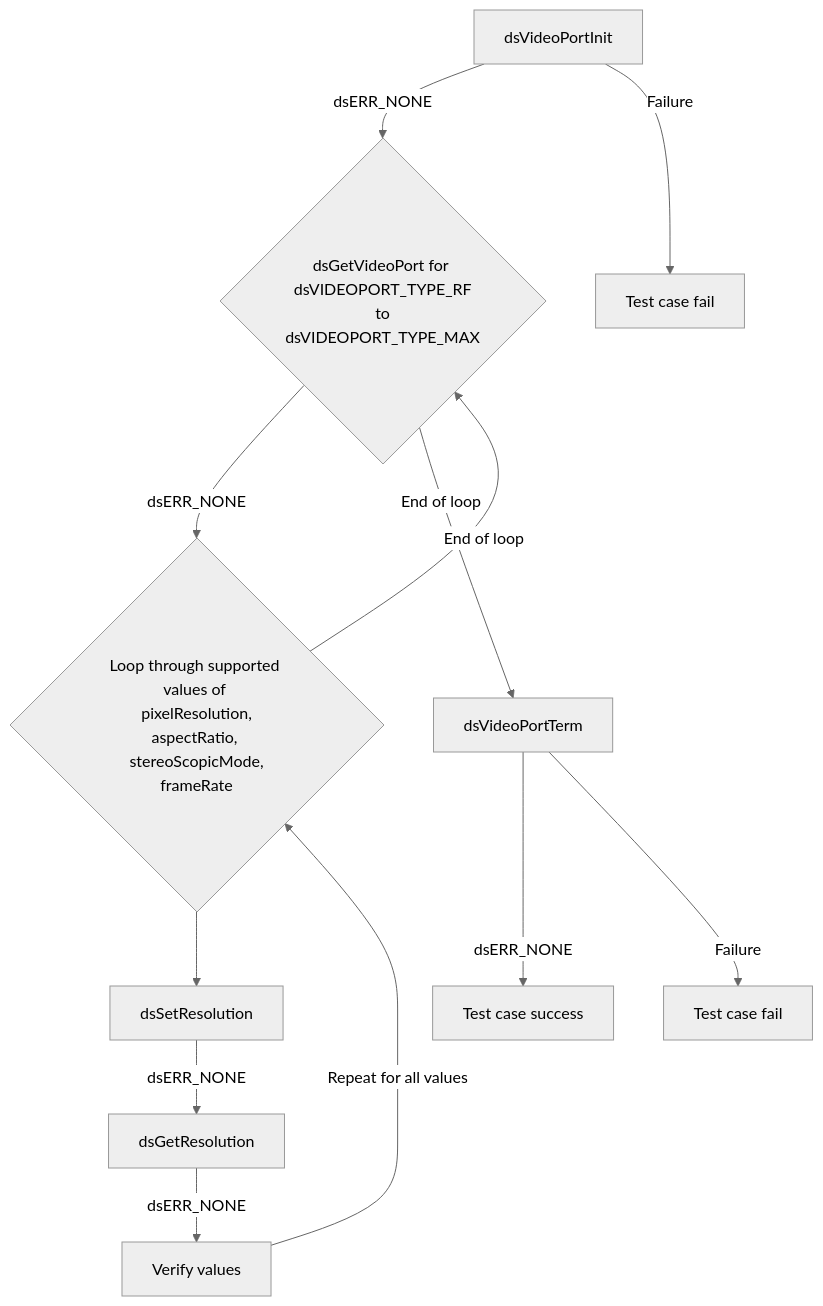
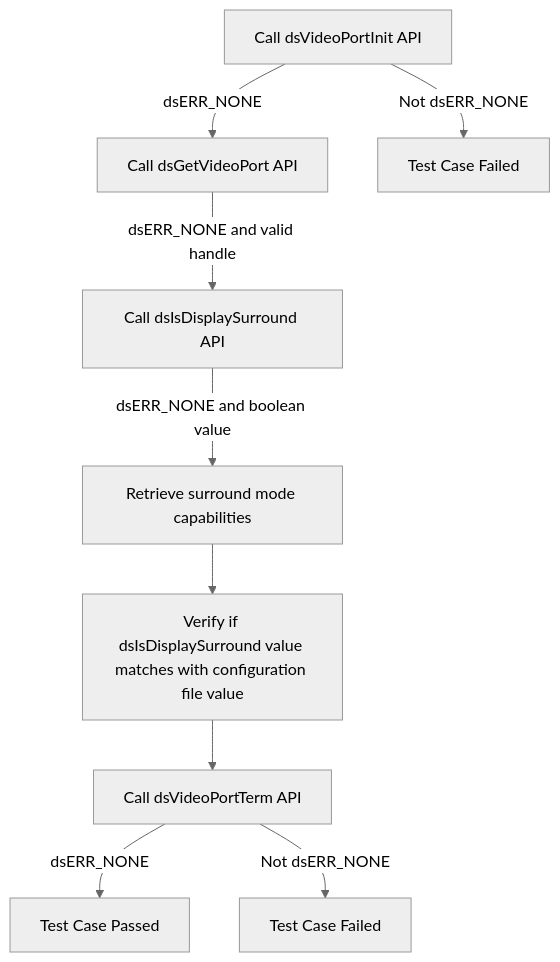
The fifth of 30 diagrams in docs/pages/dsVideoPort_L2_Low-Level_TestSpecification.md (rdkcentral/rdk-halif-test-device_settings), drawn with Mermaid (neutral theme) before and after one commit. The commit also changed other lines of this file and 5 other files, not shown here.

````diff
--- a/docs/pages/dsVideoPort_L2_Low-Level_TestSpecification.md
+++ b/docs/pages/dsVideoPort_L2_Low-Level_TestSpecification.md
@@ -247,14 +246,12 @@
 ```mermaid
 graph TB
-A[dsVideoPortInit] -->|dsERR_NONE| B{dsGetVideoPort for <br> dsVIDEOPORT_TYPE_RF <br> to dsVIDEOPORT_TYPE_MAX}
-A -->|Failure| A1[Test case fail]
-B -->|dsERR_NONE| C{Loop through supported values of <br> pixelResolution, aspectRatio, <br> stereoScopicMode, frameRate }
-C --> E[dsSetResolution]
-C -->|End of loop| B
-E -->|dsERR_NONE| F[dsGetResolution]
-F -->|dsERR_NONE| G[Verify values]
-G -->|Repeat for all values| C
-B-->|End of loop| I[dsVideoPortTerm]
-I -->|dsERR_NONE| J[Test case success]
-I -->|Failure| I1[Test case fail]
+    Step1[Call dsVideoPortInit API]
+    Step1 -->|dsERR_NONE| Step2[Call dsGetVideoPort API]
+    Step1 -->|Not dsERR_NONE| Fail1[Test Case Failed]
+    Step2 -->|dsERR_NONE and valid handle| Step3[Call dsIsDisplaySurround API]
+    Step3 -->|dsERR_NONE and boolean value| Step4[Retrieve surround mode capabilities]
+    Step4 --> Step5[Verify if dsIsDisplaySurround value matches with configuration file value]
+    Step5 --> Step6[Call dsVideoPortTerm API]
+    Step6 -->|dsERR_NONE| End[Test Case Passed]
+    Step6 -->|Not dsERR_NONE| Fail5[Test Case Failed]
 ```
````
